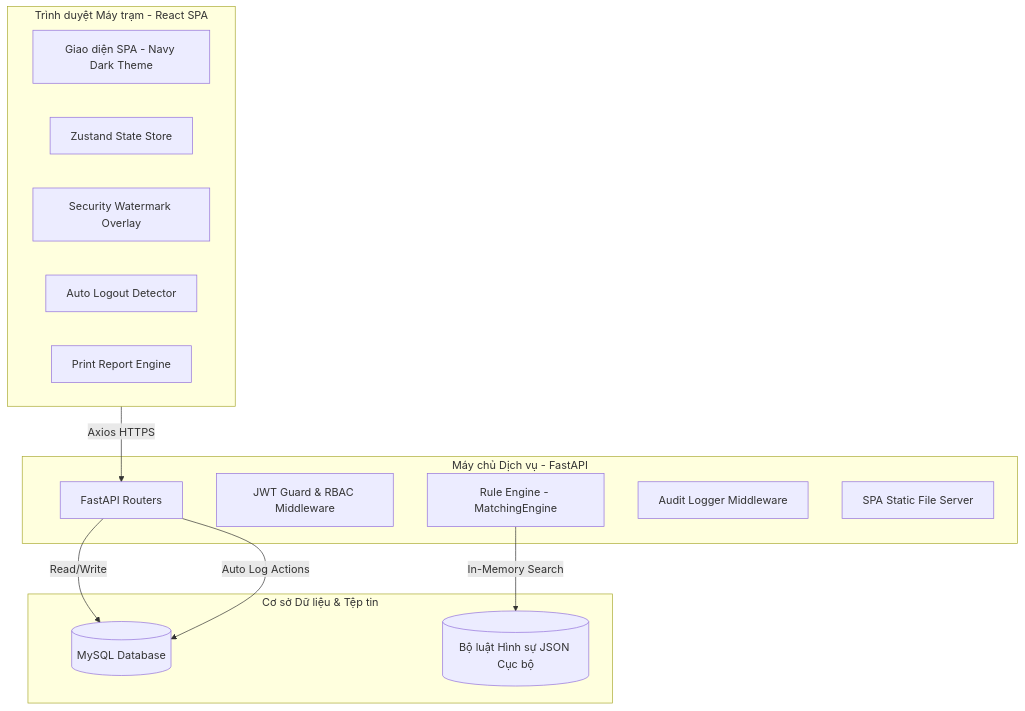
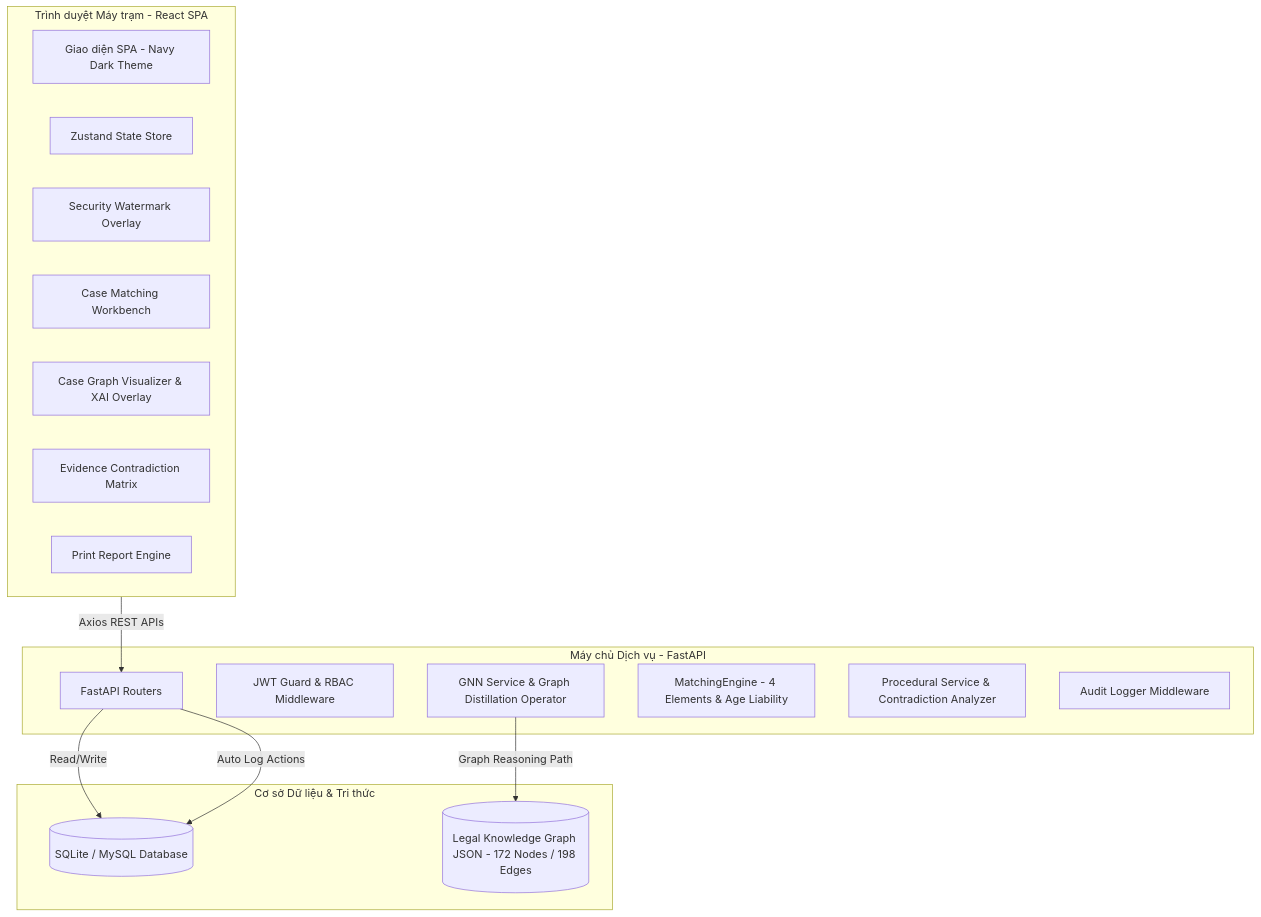
The diagram in docs/system_overview.md (b1809128/ppu_investigation_assistant), drawn with Mermaid before and after one commit. The commit also changed other lines of this file and 33 other files, not shown here.

````diff
--- a/docs/system_overview.md
+++ b/docs/system_overview.md
@@ -11,28 +11,31 @@
 ```mermaid
 graph TD
     subgraph Client [Trình duyệt Máy trạm - React SPA]
         UI[Giao diện SPA - Navy Dark Theme]
         Store[Zustand State Store]
         Watermark[Security Watermark Overlay]
-        AutoLogout[Auto Logout Detector]
+        Workbench[Case Matching Workbench]
+        GraphVis[Case Graph Visualizer & XAI Overlay]
+        ContraMatrix[Evidence Contradiction Matrix]
         PrintEngine[Print Report Engine]
     end
 
     subgraph Server [Máy chủ Dịch vụ - FastAPI]
         API[FastAPI Routers]
         Auth[JWT Guard & RBAC Middleware]
-        Engine[Rule Engine - MatchingEngine]
+        GNNEngine[GNN Service & Graph Distillation Operator]
+        RuleEngine[MatchingEngine - 4 Elements & Age Liability]
+        ProceduralEngine[Procedural Service & Contradiction Analyzer]
         Audit[Audit Logger Middleware]
-        Static[SPA Static File Server]
     end
 
-    subgraph Data [Cơ sở Dữ liệu & Tệp tin]
-        DB[(MySQL Database)]
-        JSONDB[(Bộ luật Hình sự JSON Cục bộ)]
+    subgraph Data [Cơ sở Dữ liệu & Tri thức]
+        DB[(SQLite / MySQL Database)]
+        KnowledgeGraph[(Legal Knowledge Graph JSON - 172 Nodes / 198 Edges)]
     end
 
-    Client -- Axios HTTPS --> API
+    Client -- Axios REST APIs --> API
     API -- Read/Write --> DB
-    Engine -- In-Memory Search --> JSONDB
+    GNNEngine -- Graph Reasoning Path --> KnowledgeGraph
     API -- Auto Log Actions --> DB
 ```
````
